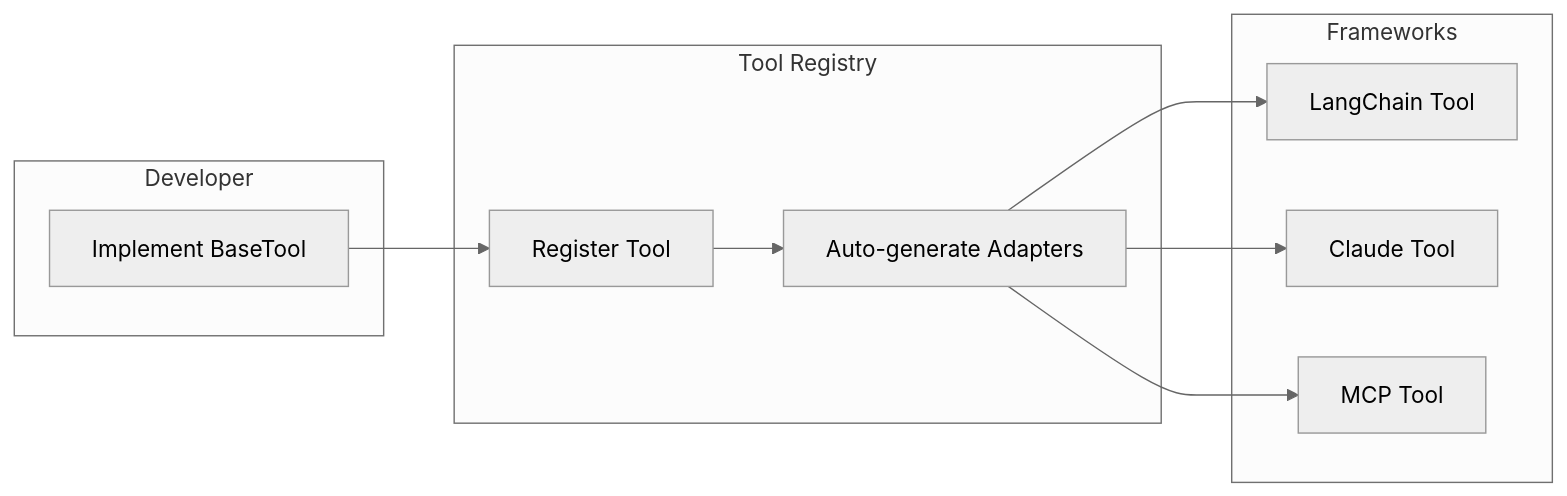
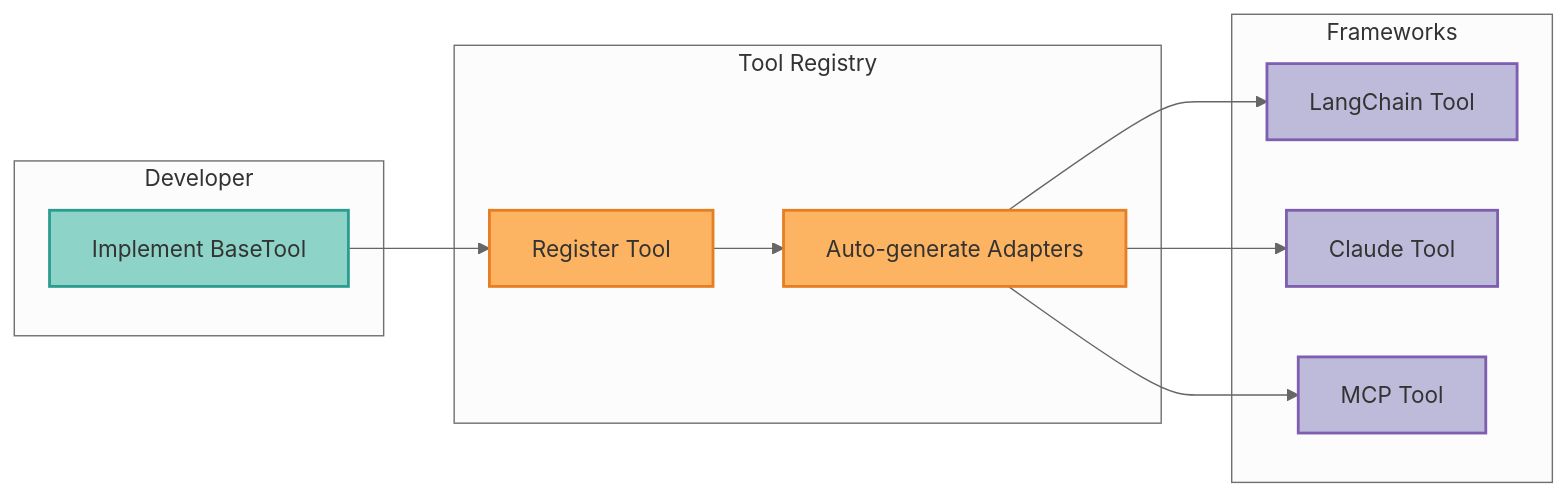
The first of 2 diagrams in docs/architecture/adr-0079-multi-framework-tool-parity.mdx (vishnu2kmohan/mcp-server-langgraph), drawn with Mermaid (neutral theme) before and after one commit. The commit also changed 25 other files, not shown here.

````diff
--- a/docs/architecture/adr-0079-multi-framework-tool-parity.mdx
+++ b/docs/architecture/adr-0079-multi-framework-tool-parity.mdx
@@ -408,23 +408,32 @@
 ```mermaid
 flowchart LR
     subgraph Developer["Developer"]
         IMPL["Implement BaseTool"]
     end
 
     subgraph Registry["Tool Registry"]
         REG["Register Tool"]
         ADAPT["Auto-generate Adapters"]
     end
 
     subgraph Frameworks["Frameworks"]
         LC["LangChain Tool"]
         CS["Claude Tool"]
         MCP["MCP Tool"]
     end
 
     IMPL --> REG
     REG --> ADAPT
     ADAPT --> LC
     ADAPT --> CS
     ADAPT --> MCP
+
+    %% ColorBrewer2 Set3 palette - each component type uniquely colored
+    classDef devStyle fill:#8dd3c7,stroke:#2a9d8f,stroke-width:2px,color:#333
+    classDef registryStyle fill:#fdb462,stroke:#e67e22,stroke-width:2px,color:#333
+    classDef frameworkStyle fill:#bebada,stroke:#7e5eb0,stroke-width:2px,color:#333
+
+    class IMPL devStyle
+    class REG,ADAPT registryStyle
+    class LC,CS,MCP frameworkStyle
 ```
````
